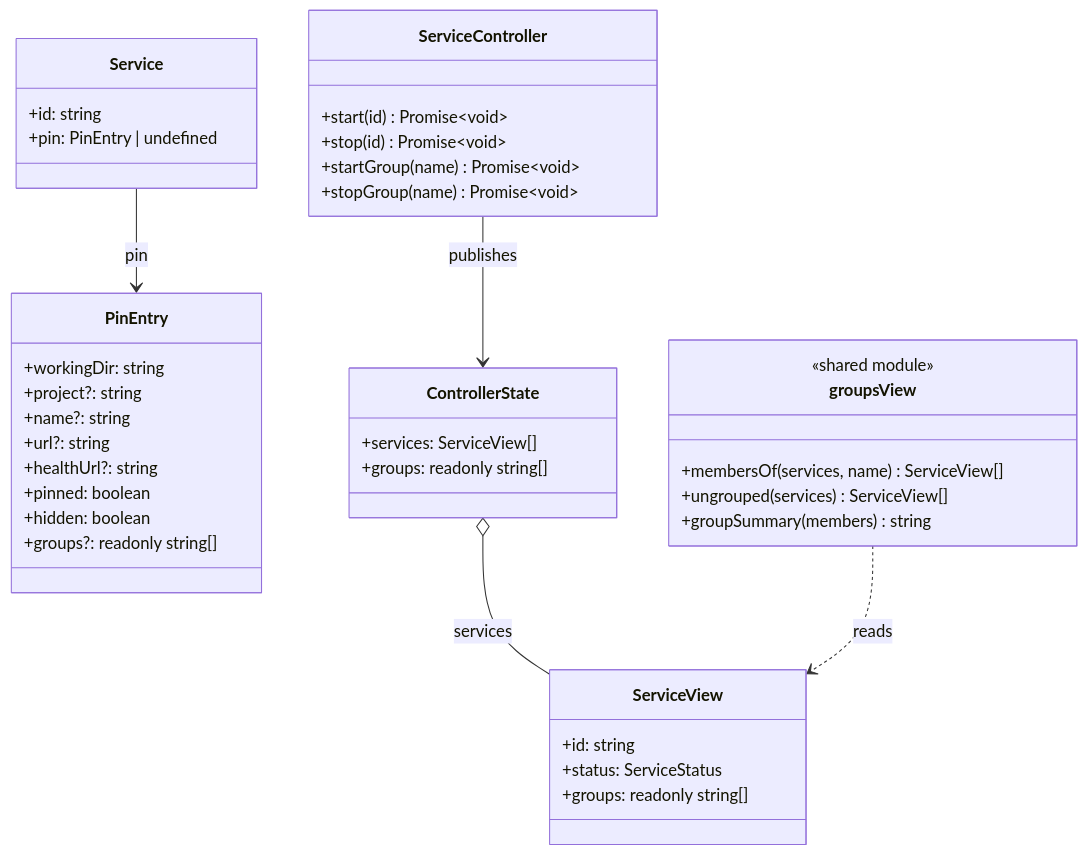
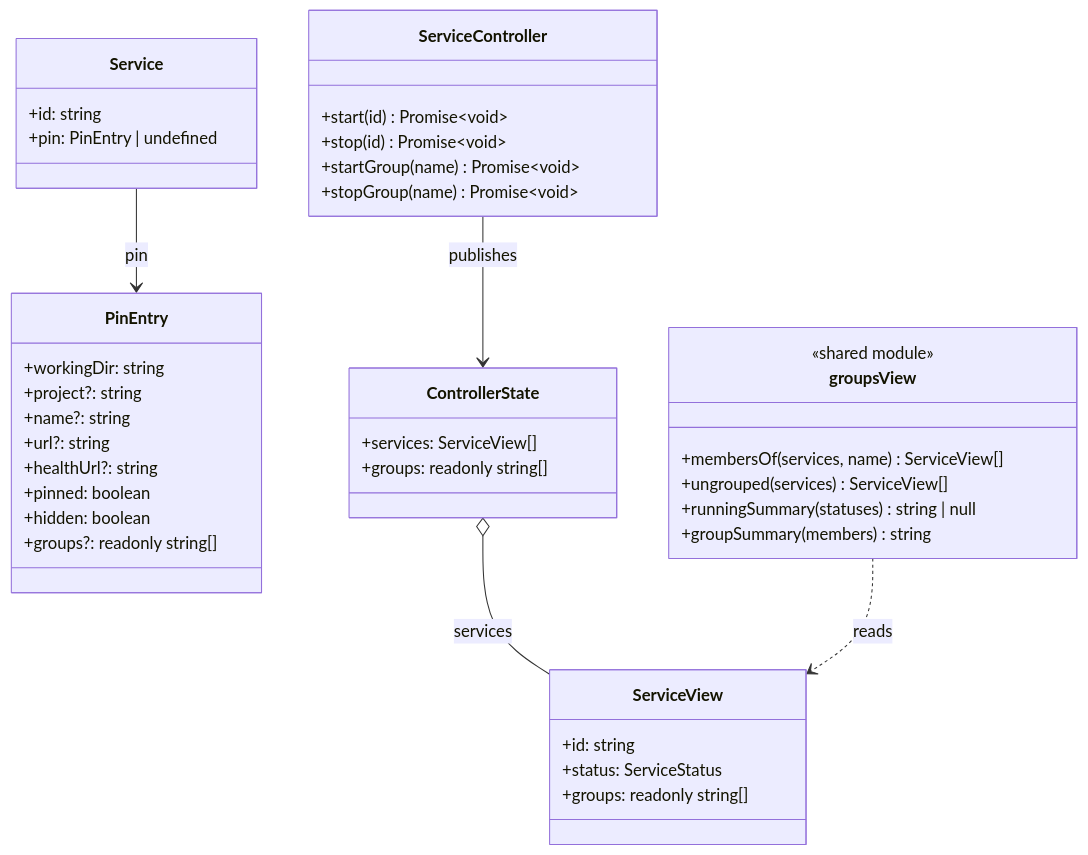
One commit to benoit-bremaud/dock-n-roll changed the diagram in docs/architecture/diagrams/groups/03-class.md. Above: the diagram before and after it, drawn with Mermaid. The commit also changed 2 other files, not shown here.

Commit message:
docs(groups): place runningSummary in shared/groups in diagrams 09 and 03

````diff
--- a/docs/architecture/diagrams/groups/03-class.md
+++ b/docs/architecture/diagrams/groups/03-class.md
@@ -7,42 +7,43 @@
 ```mermaid
 classDiagram
   class PinEntry {
     +workingDir: string
     +project?: string
     +name?: string
     +url?: string
     +healthUrl?: string
     +pinned: boolean
     +hidden: boolean
     +groups?: readonly string[]
   }
   class Service {
     +id: string
     +pin: PinEntry | undefined
   }
   class ServiceController {
     +start(id) Promise~void~
     +stop(id) Promise~void~
     +startGroup(name) Promise~void~
     +stopGroup(name) Promise~void~
   }
   class ServiceView {
     +id: string
     +status: ServiceStatus
     +groups: readonly string[]
   }
   class ControllerState {
     +services: ServiceView[]
     +groups: readonly string[]
   }
   class groupsView {
     <<shared module>>
     +membersOf(services, name) ServiceView[]
     +ungrouped(services) ServiceView[]
+    +runningSummary(statuses) string | null
     +groupSummary(members) string
   }
   Service --> PinEntry : pin
   ControllerState o-- ServiceView : services
   groupsView ..> ServiceView : reads
   ServiceController --> ControllerState : publishes
 ```
````
